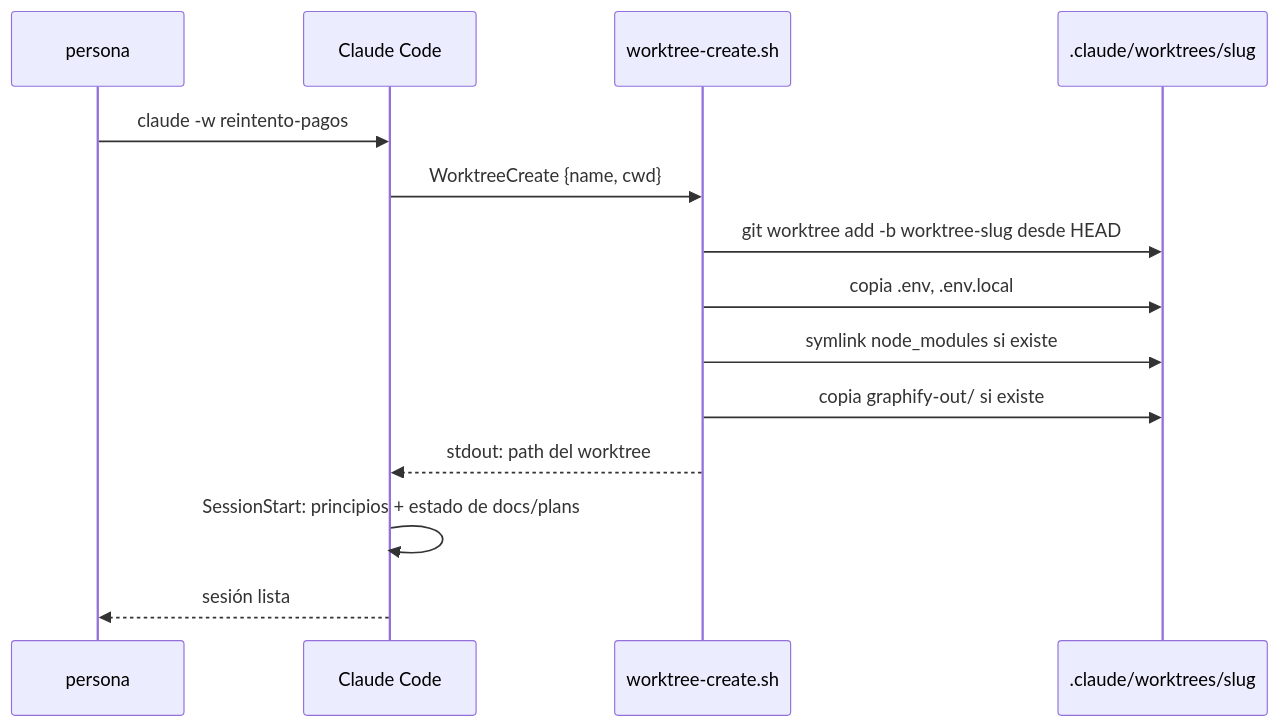
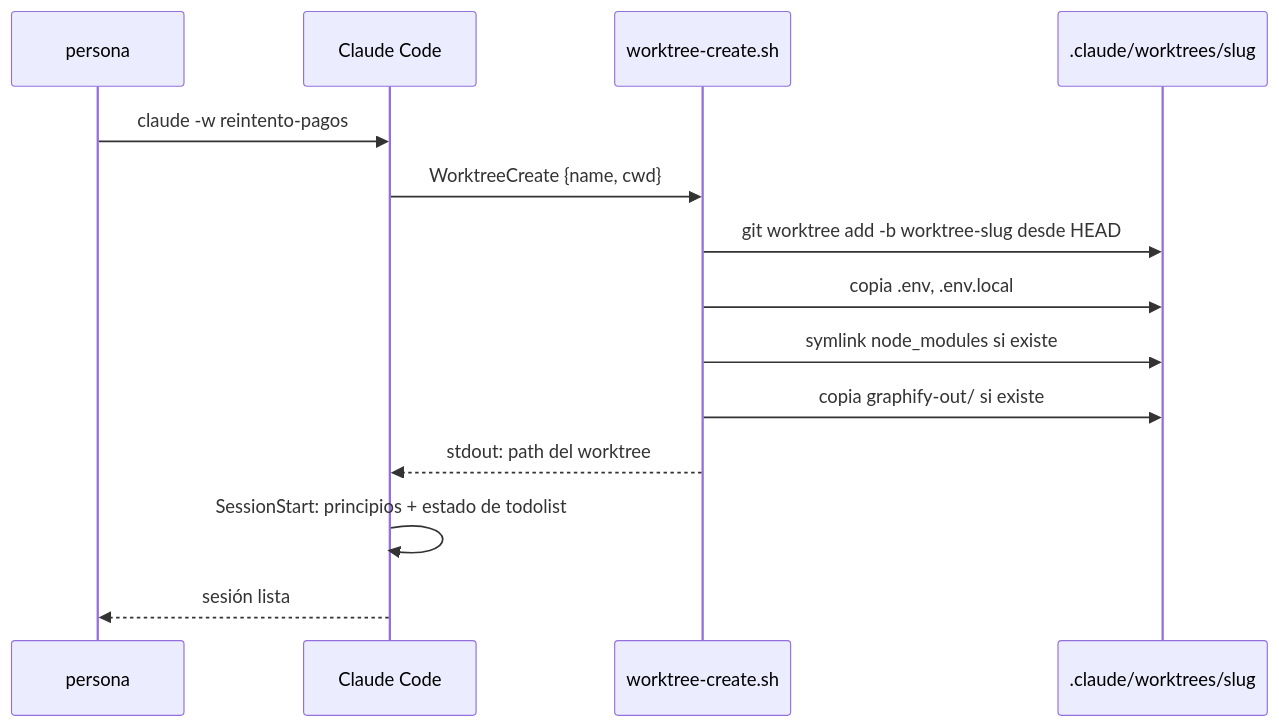
Before and after one commit to octavio-parozlabs/mindstack: the diagram in skills/workflow/references/worktree.md, drawn with Mermaid. The commit also changed 39 other files, not shown here.

````diff
--- a/skills/workflow/references/worktree.md
+++ b/skills/workflow/references/worktree.md
@@ -7,16 +7,16 @@
 ```mermaid
 sequenceDiagram
     participant U as persona
     participant CC as Claude Code
     participant H as worktree-create.sh
     participant W as .claude/worktrees/slug
     U->>CC: claude -w reintento-pagos
     CC->>H: WorktreeCreate {name, cwd}
     H->>W: git worktree add -b worktree-slug desde HEAD
     H->>W: copia .env, .env.local
     H->>W: symlink node_modules si existe
     H->>W: copia graphify-out/ si existe
     H-->>CC: stdout: path del worktree
-    CC->>CC: SessionStart: principios + estado de docs/plans
+    CC->>CC: SessionStart: principios + estado de todolist
     CC-->>U: sesión lista
 ```
````
